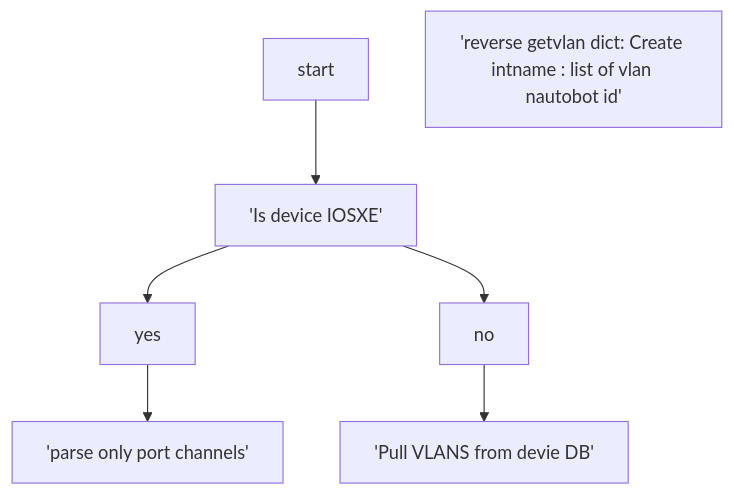
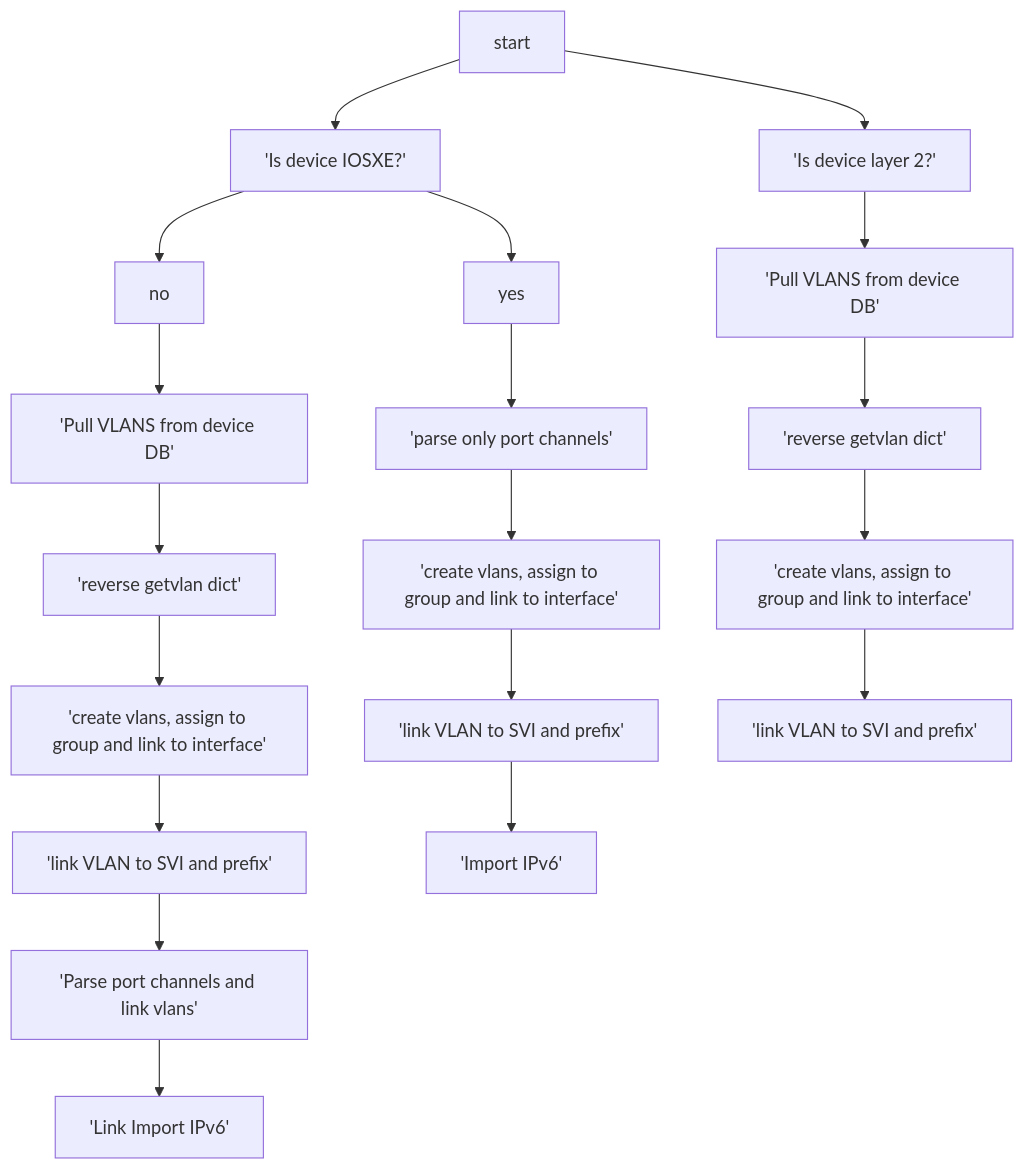
Before and after one commit to purplecomputer/NautobotCleaner: the diagram in README.MD, drawn with Mermaid. The commit also changed other lines of this file, not shown here.

Commit message:
readme additions

````diff
--- a/README.MD
+++ b/README.MD
@@ -17,13 +26,30 @@
 ```mermaid
 graph TD
 start
 yes
 no
-q1['Is device IOSXE']
+q1['Is device IOSXE?']
+q2['Is device layer 2?']
+
 start-->q1
+start-->q2
+
+q1-->no
+no-->a1['Pull VLANS from device DB']
+a1-->a2['reverse getvlan dict']
+a2-->a3['create vlans, assign to group and link to interface']
+a3-->a4['link VLAN to SVI and prefix']
+a4-->a5['Parse port channels and link vlans']
+a5-->a6['Link Import IPv6']
+
 q1-->yes
-q1-->no
-yes-->a1['parse only port channels']
-no-->a2['Pull VLANS from devie DB']
-a3['reverse getvlan dict: Create intname : list of vlan nautobot id']
+yes-->b1['parse only port channels']
+b1-->b2['create vlans, assign to group and link to interface']
+b2-->b3['link VLAN to SVI and prefix']
+b3-->b4['Import IPv6']
+
+q2-->c1['Pull VLANS from device DB']
+c1-->c2['reverse getvlan dict']
+c2-->c3['create vlans, assign to group and link to interface']
+c3-->c4['link VLAN to SVI and prefix']
 ```
````
